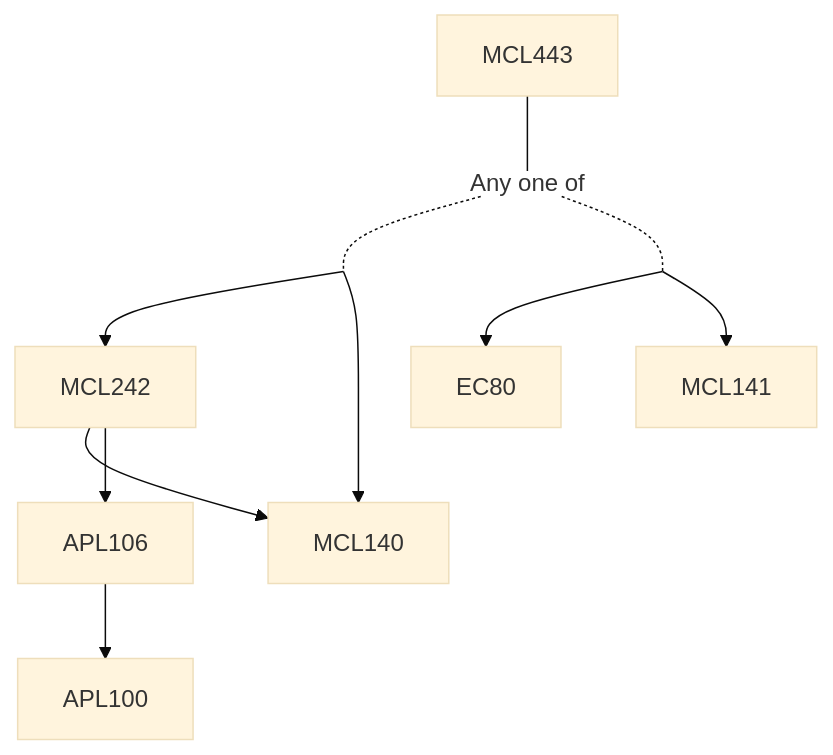
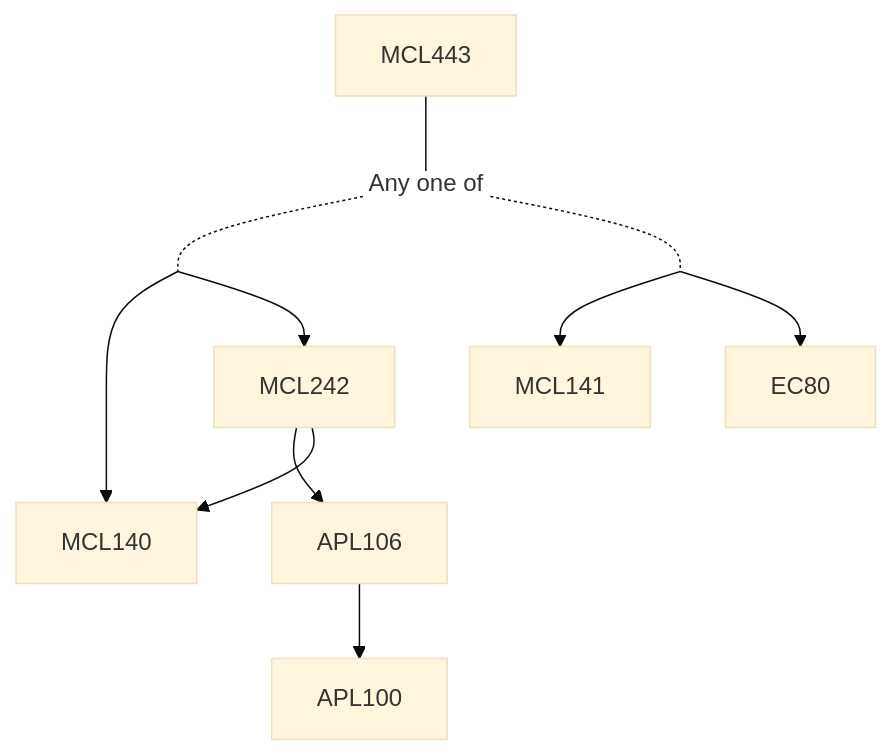
One commit to KeshavBansal0122/CoS_Website changed the diagram in content/Mechanical Engineering/MCL443.md. Above: the diagram before and after it, drawn with Mermaid (base theme). The commit also changed other lines of this file and 2667 other files, not shown here.

````diff
--- a/content/Mechanical Engineering/MCL443.md
+++ b/content/Mechanical Engineering/MCL443.md
@@ -17,17 +15,17 @@
 ```mermaid
 flowchart TD
-MCL443-283[MCL443]
-MCL443-283 --- Or284[Any one of]:::empty
-Or284 -.- and285[ ]:::trueEmpty
-APL106-285 --> APL100-285[APL100]
-and285 --> MCL242-285[MCL242]
-MCL242-285 --> MCL140-285[MCL140]
-MCL242-285 --> APL106-285[APL106]
-and285 --> MCL140-285[MCL140]
-Or284 -.- and286[ ]:::trueEmpty
-and286 --> EC80-286[EC80]
-and286 --> MCL141-286[MCL141]
+MCL443-1447[MCL443]
+MCL443-1447 --- Or1448[Any one of]:::empty
+Or1448 -.- and1449[ ]:::trueEmpty
+and1449 --> MCL140-1449[MCL140]
+and1449 --> MCL242-1449[MCL242]
+APL106-1449 --> APL100-1449[APL100]
+MCL242-1449 --> APL106-1449[APL106]
+MCL242-1449 --> MCL140-1449[MCL140]
+Or1448 -.- and1450[ ]:::trueEmpty
+and1450 --> MCL141-1450[MCL141]
+and1450 --> EC80-1450[EC80]
 
 classDef empty height:17px, fill:transparent, stroke:transparent;
 classDef trueEmpty height:0px, width:0px;
 ```
````
